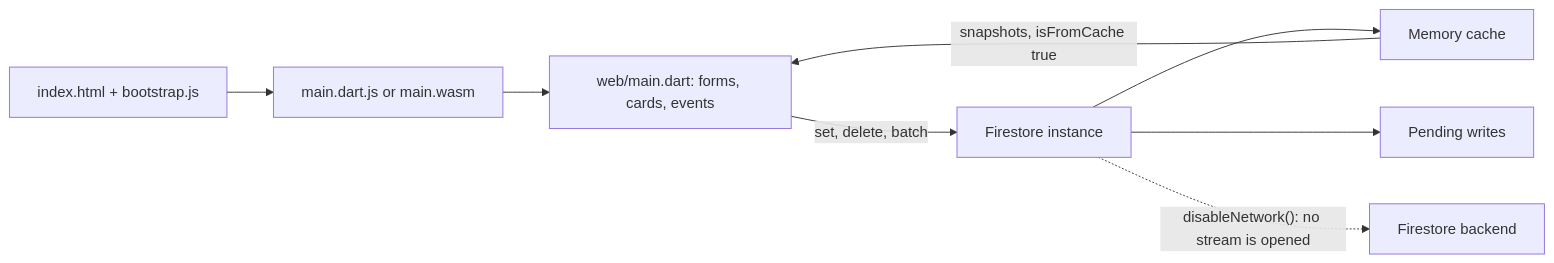
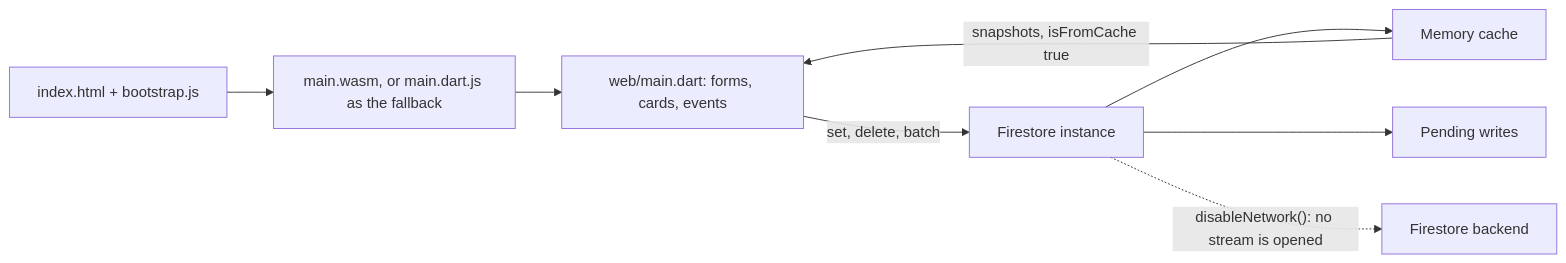
Before and after one commit to long1eu/firebase_dart_sdk: the diagram in examples/playground/README.md, drawn with Mermaid. The commit also changed other lines of this file and 3 other files, not shown here.

First line of the commit message:
Start the playground on dart2wasm, with dart2js as the fallback

````diff
--- a/examples/playground/README.md
+++ b/examples/playground/README.md
@@ -44,10 +44,10 @@
 ```mermaid
 flowchart LR
-  page["index.html + bootstrap.js"] --> program["main.dart.js or main.wasm"]
+  page["index.html + bootstrap.js"] --> program["main.wasm, or main.dart.js as the fallback"]
   program --> ui["web/main.dart: forms, cards, events"]
   ui -->|"set, delete, batch"| client["Firestore instance"]
   client --> cache["Memory cache"]
   client --> queue["Pending writes"]
   cache -->|"snapshots, isFromCache true"| ui
   client -.->|"disableNetwork(): no stream is opened"| backend["Firestore backend"]
 ```
````
